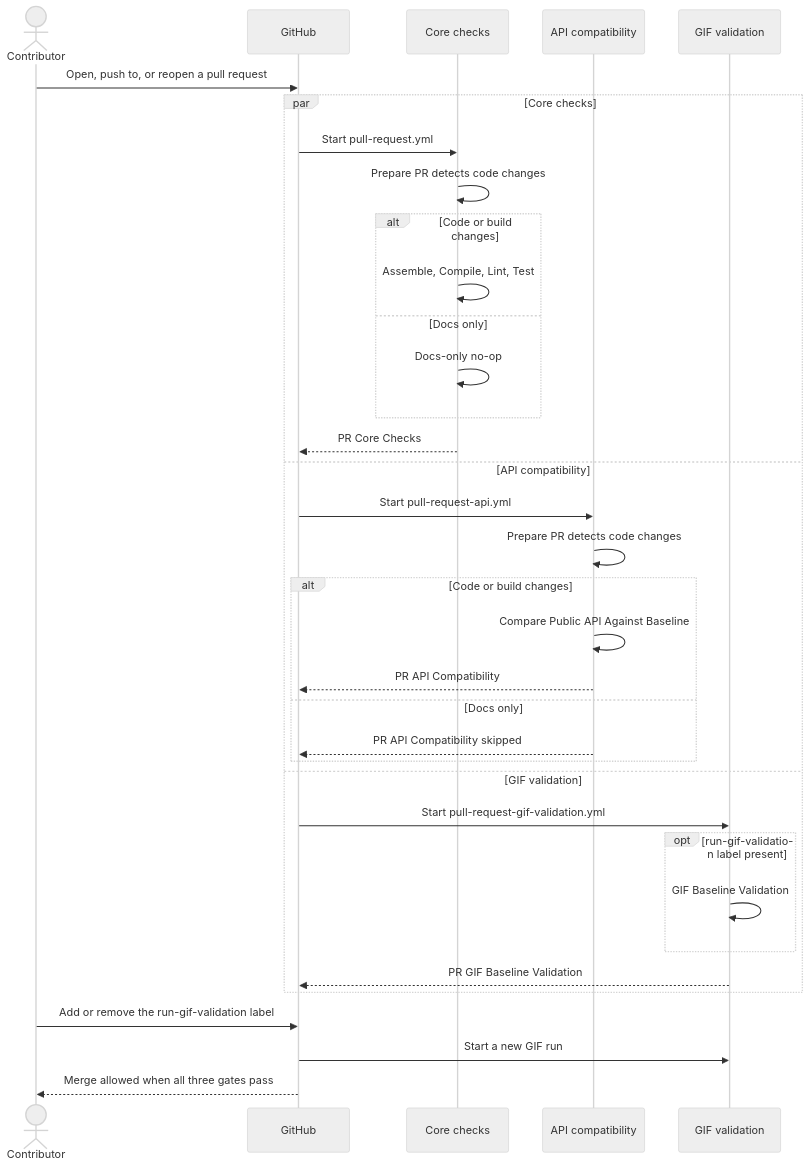
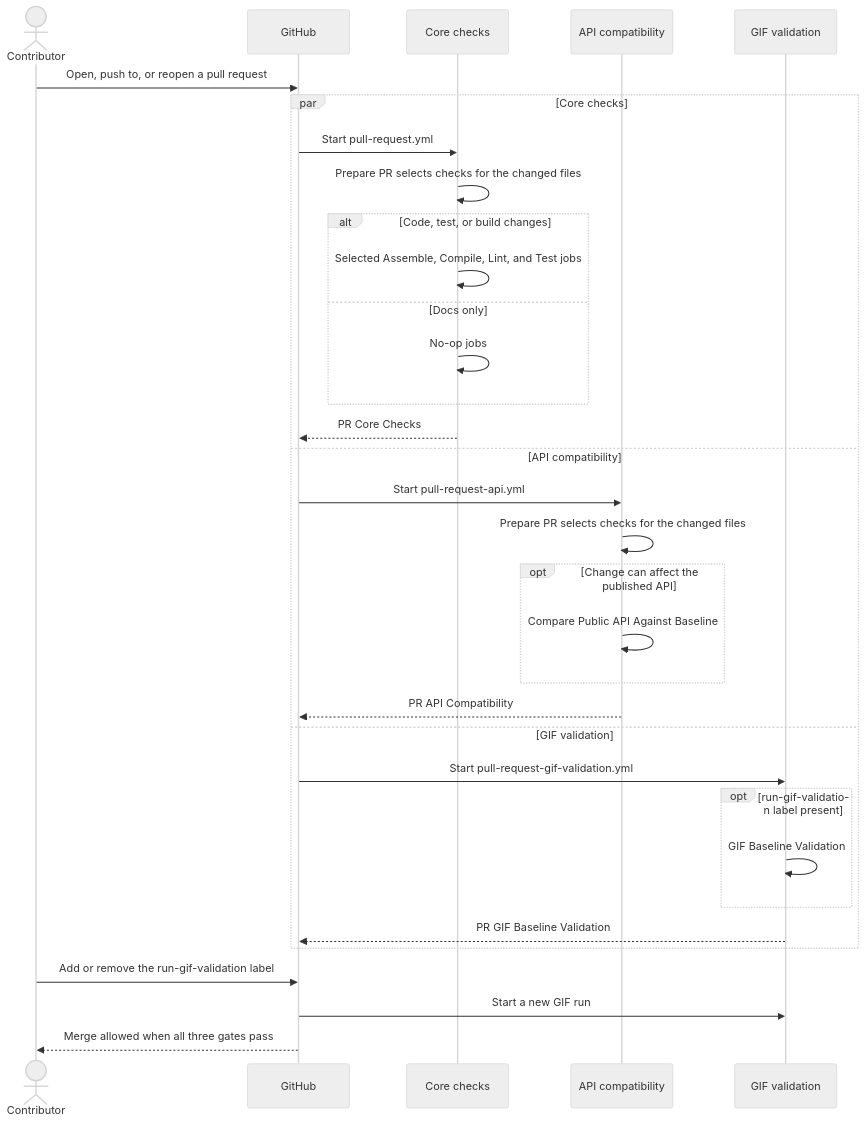
The diagram in content/dev/releases/pull-requests.md (HDCharts/charts-docs), drawn with Mermaid (neutral theme) before and after one commit. The commit also changed other lines of this file and 11 other files, not shown here.

Commit message:
docs(snapshot): sync release notes, wiki docs, chart screenshots, GIF baselines, hero image, and provenance

````diff
--- a/content/dev/releases/pull-requests.md
+++ b/content/dev/releases/pull-requests.md
@@ -13,37 +13,35 @@
 ```mermaid
 sequenceDiagram
   actor Dev as Contributor
   participant GH as GitHub
   participant Core as Core checks
   participant API as API compatibility
   participant GIF as GIF validation
   Dev->>GH: Open, push to, or reopen a pull request
   par Core checks
     GH->>Core: Start pull-request.yml
-    Core->>Core: Prepare PR detects code changes
-    alt Code or build changes
-      Core->>Core: Assemble, Compile, Lint, Test
+    Core->>Core: Prepare PR selects checks for the changed files
+    alt Code, test, or build changes
+      Core->>Core: Selected Assemble, Compile, Lint, and Test jobs
     else Docs only
-      Core->>Core: Docs-only no-op
+      Core->>Core: No-op jobs
     end
     Core-->>GH: PR Core Checks
   and API compatibility
     GH->>API: Start pull-request-api.yml
-    API->>API: Prepare PR detects code changes
-    alt Code or build changes
+    API->>API: Prepare PR selects checks for the changed files
+    opt Change can affect the published API
       API->>API: Compare Public API Against Baseline
-      API-->>GH: PR API Compatibility
-    else Docs only
-      API-->>GH: PR API Compatibility skipped
     end
+    API-->>GH: PR API Compatibility
   and GIF validation
     GH->>GIF: Start pull-request-gif-validation.yml
     opt run-gif-validation label present
       GIF->>GIF: GIF Baseline Validation
     end
     GIF-->>GH: PR GIF Baseline Validation
   end
   Dev->>GH: Add or remove the run-gif-validation label
   GH->>GIF: Start a new GIF run
   GH-->>Dev: Merge allowed when all three gates pass
 ```
````
